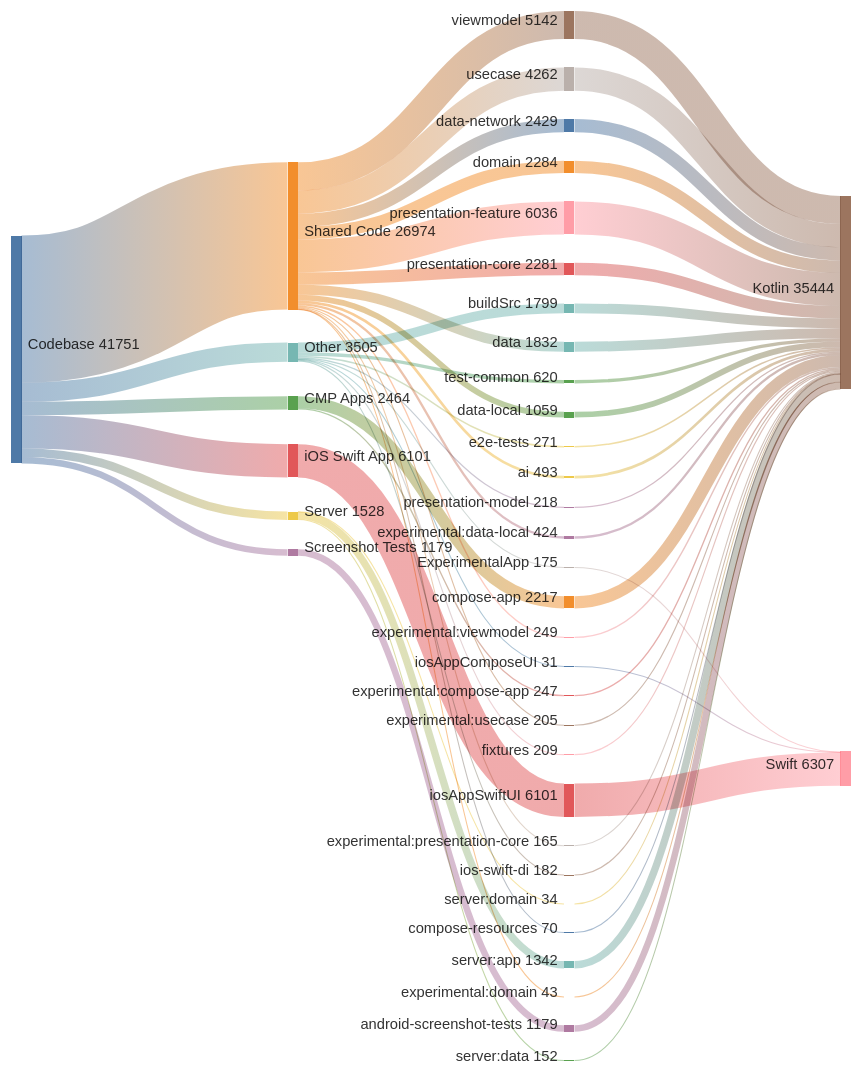
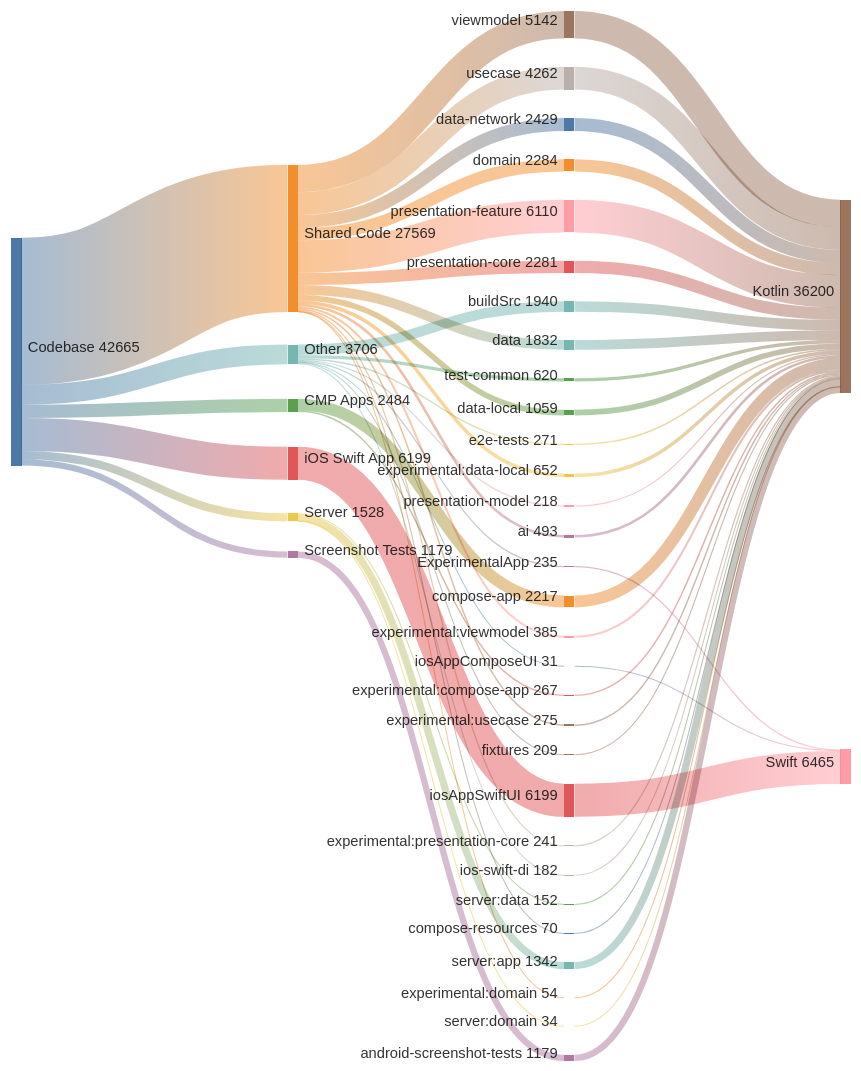
One commit to cartland/battery-butler changed the second of 2 diagrams in README.md. Above: the diagram before and after it, drawn with Mermaid. The commit also changed other lines of this file and 4 other files, not shown here.

Commit message:
docs(generated): Regenerate architecture diagrams and analysis (#1023)

````diff
--- a/README.md
+++ b/README.md
@@ -213,14 +215,14 @@
 %% GENERATED FILE - DO NOT EDIT
 sankey-beta
 
-Codebase,Shared Code,26974
-Codebase,iOS Swift App,6101
-Codebase,Other,3505
-Codebase,CMP Apps,2464
+Codebase,Shared Code,27569
+Codebase,iOS Swift App,6199
+Codebase,Other,3706
+Codebase,CMP Apps,2484
 Codebase,Server,1528
 Codebase,Screenshot Tests,1179
 
-Shared Code,presentation-feature,6036
+Shared Code,presentation-feature,6110
 Shared Code,viewmodel,5142
 Shared Code,usecase,4262
 Shared Code,data-network,2429
@@ -228,27 +230,27 @@
 Shared Code,presentation-core,2281
 Shared Code,data,1832
 Shared Code,data-local,1059
+Shared Code,experimental:data-local,652
 Shared Code,ai,493
-Shared Code,experimental:data-local,424
-Shared Code,experimental:viewmodel,249
-Shared Code,experimental:usecase,205
-Shared Code,experimental:presentation-core,165
+Shared Code,experimental:viewmodel,385
+Shared Code,experimental:usecase,275
+Shared Code,experimental:presentation-core,241
 Shared Code,compose-resources,70
-Shared Code,experimental:domain,43
+Shared Code,experimental:domain,54
 
-iOS Swift App,iosAppSwiftUI,6101
+iOS Swift App,iosAppSwiftUI,6199
 
-Other,buildSrc,1799
+Other,buildSrc,1940
 Other,test-common,620
 Other,e2e-tests,271
+Other,ExperimentalApp,235
 Other,presentation-model,218
 Other,fixtures,209
 Other,ios-swift-di,182
-Other,ExperimentalApp,175
 Other,iosAppComposeUI,31
 
 CMP Apps,compose-app,2217
-CMP Apps,experimental:compose-app,247
+CMP Apps,experimental:compose-app,267
 
 Server,server:app,1342
 Server,server:data,152
@@ -256,34 +258,34 @@
 
 Screenshot Tests,android-screenshot-tests,1179
 
-iosAppSwiftUI,Swift,6101
-presentation-feature,Kotlin,6036
+iosAppSwiftUI,Swift,6199
+presentation-feature,Kotlin,6110
 viewmodel,Kotlin,5142
 usecase,Kotlin,4262
 data-network,Kotlin,2429
 domain,Kotlin,2284
 presentation-core,Kotlin,2281
 compose-app,Kotlin,2217
+buildSrc,Kotlin,1940
 data,Kotlin,1832
-buildSrc,Kotlin,1799
 server:app,Kotlin,1342
 android-screenshot-tests,Kotlin,1179
 data-local,Kotlin,1059
+experimental:data-local,Kotlin,652
 test-common,Kotlin,620
 ai,Kotlin,493
-experimental:data-local,Kotlin,424
+experimental:viewmodel,Kotlin,385
+experimental:usecase,Kotlin,275
 e2e-tests,Kotlin,271
-experimental:viewmodel,Kotlin,249
-experimental:compose-app,Kotlin,247
+experimental:compose-app,Kotlin,267
+experimental:presentation-core,Kotlin,241
+ExperimentalApp,Swift,235
 presentation-model,Kotlin,218
 fixtures,Kotlin,209
-experimental:usecase,Kotlin,205
 ios-swift-di,Kotlin,182
-ExperimentalApp,Swift,175
-experimental:presentation-core,Kotlin,165
 server:data,Kotlin,152
 compose-resources,Kotlin,70
-experimental:domain,Kotlin,43
+experimental:domain,Kotlin,54
 server:domain,Kotlin,34
 iosAppComposeUI,Swift,31
 ```
````
